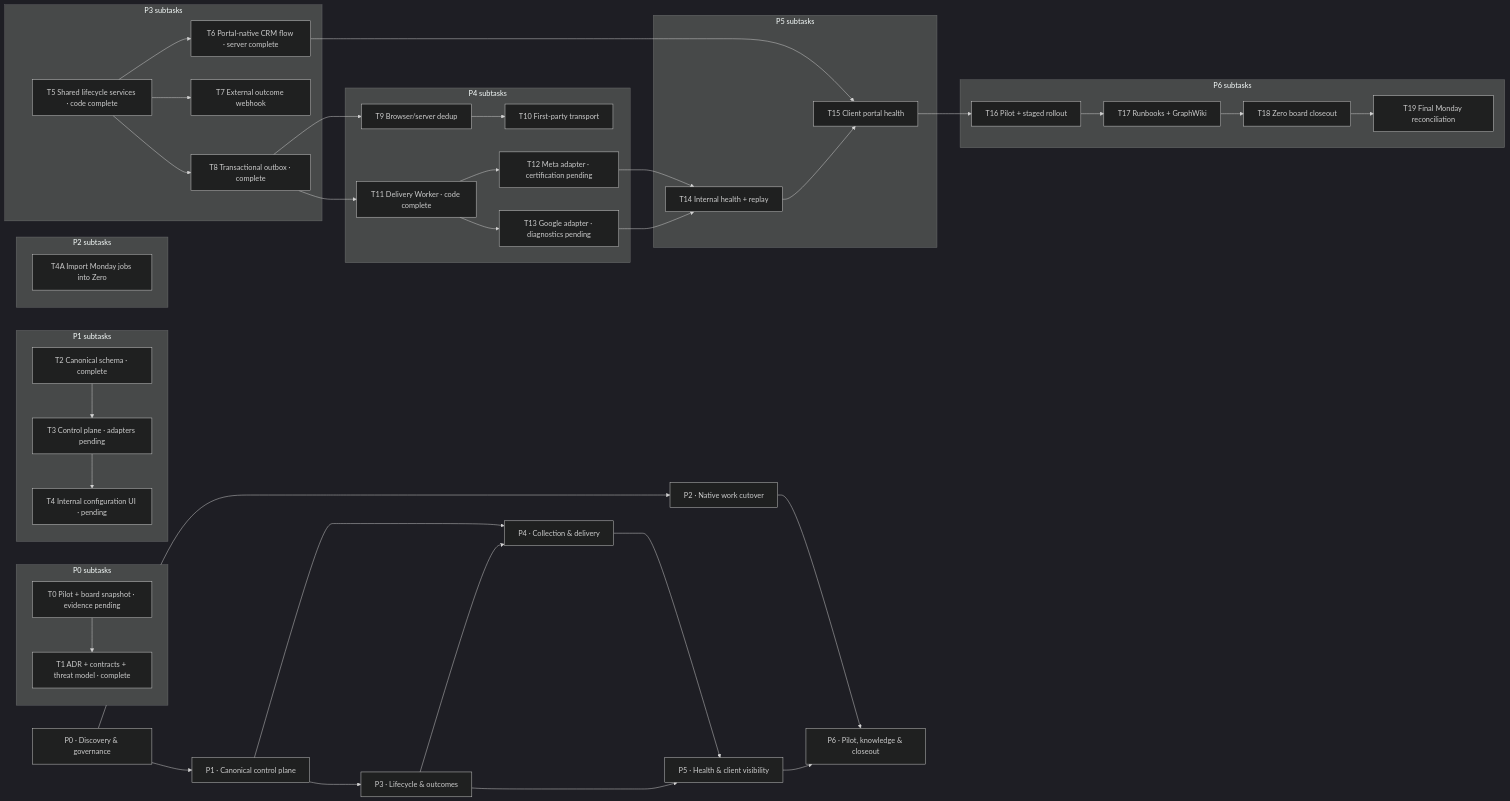
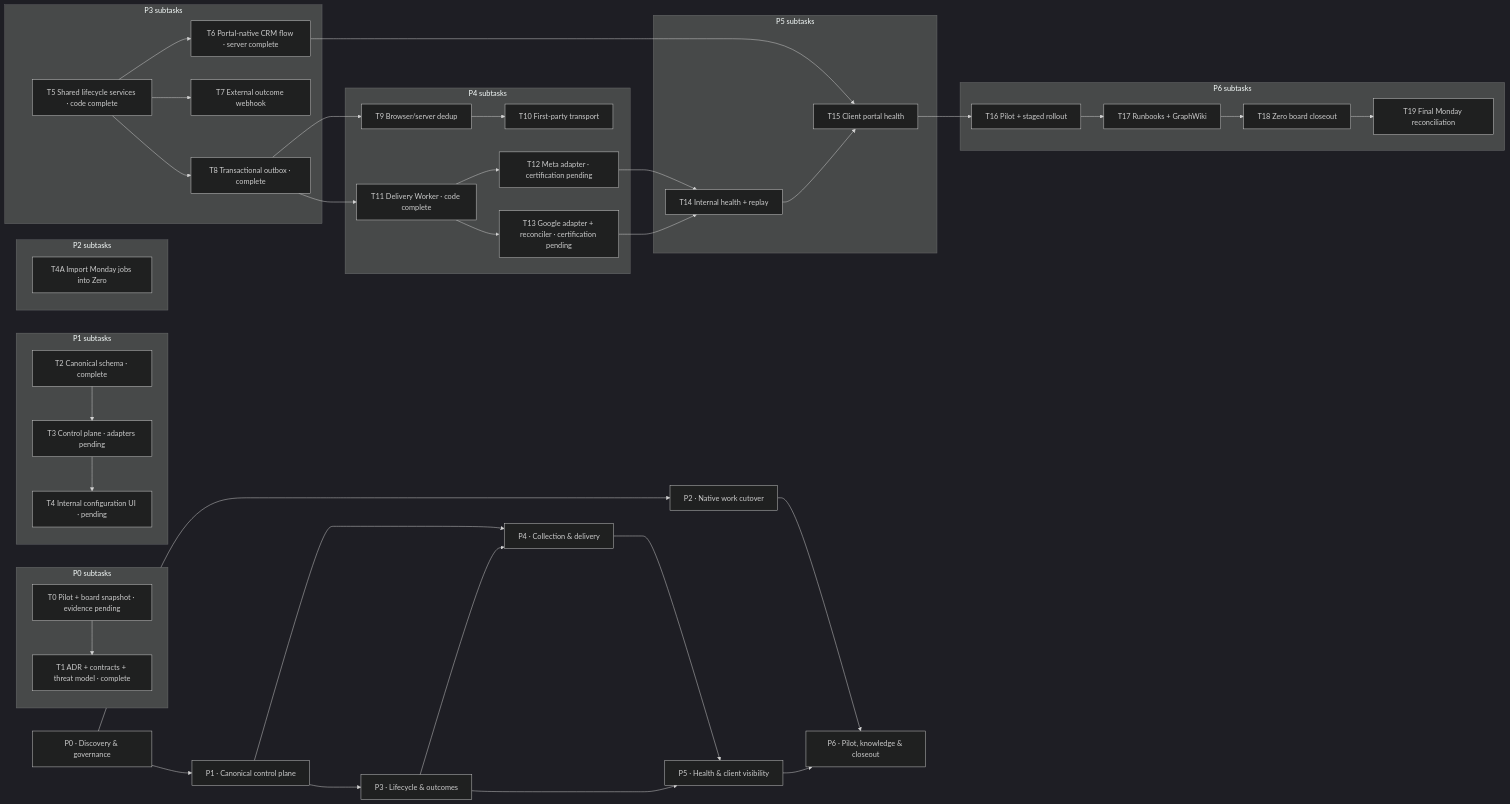
The diagram in docs/superpowers/plans/2026-07-17-measurement-signal-hub-execution-backlog.md (adme-dev/dashboard), drawn with Mermaid (dark theme) before and after one commit. The commit also changed other lines of this file and 19 other files, not shown here.

Commit message:
feat(measurement): reconcile Google delivery diagnostics

````diff
--- a/docs/superpowers/plans/2026-07-17-measurement-signal-hub-execution-backlog.md
+++ b/docs/superpowers/plans/2026-07-17-measurement-signal-hub-execution-backlog.md
@@ -17,51 +17,51 @@
 ```mermaid
 flowchart LR
   P0["P0 · Discovery & governance"]
   P1["P1 · Canonical control plane"]
   P2["P2 · Native work cutover"]
   P3["P3 · Lifecycle & outcomes"]
   P4["P4 · Collection & delivery"]
   P5["P5 · Health & client visibility"]
   P6["P6 · Pilot, knowledge & closeout"]
 
   P0 --> P1
   P0 --> P2
   P1 --> P3
   P1 --> P4
   P2 --> P6
   P3 --> P4
   P4 --> P5
   P3 --> P5
   P5 --> P6
 
   subgraph G0["P0 subtasks"]
     T0["T0 Pilot + board snapshot · evidence pending"] --> T1["T1 ADR + contracts + threat model · complete"]
   end
   subgraph G1["P1 subtasks"]
     T2["T2 Canonical schema · complete"] --> T3["T3 Control plane · adapters pending"] --> T4["T4 Internal configuration UI · pending"]
   end
   subgraph G2["P2 subtasks"]
     T4A["T4A Import Monday jobs into Zero"]
   end
   subgraph G3["P3 subtasks"]
     T5["T5 Shared lifecycle services · code complete"] --> T6["T6 Portal-native CRM flow · server complete"]
     T5 --> T7["T7 External outcome webhook"]
     T5 --> T8["T8 Transactional outbox · complete"]
   end
   subgraph G4["P4 subtasks"]
     T8 --> T9["T9 Browser/server dedup"] --> T10["T10 First-party transport"]
     T8 --> T11["T11 Delivery Worker · code complete"]
     T11 --> T12["T12 Meta adapter · certification pending"]
-    T11 --> T13["T13 Google adapter · diagnostics pending"]
+    T11 --> T13["T13 Google adapter + reconciler · certification pending"]
   end
   subgraph G5["P5 subtasks"]
     T12 --> T14["T14 Internal health + replay"]
     T13 --> T14
     T6 --> T15["T15 Client portal health"]
     T14 --> T15
   end
   subgraph G6["P6 subtasks"]
     T15 --> T16["T16 Pilot + staged rollout"] --> T17["T17 Runbooks + GraphWiki"]
     T17 --> T18["T18 Zero board closeout"] --> T19["T19 Final Monday reconciliation"]
   end
 ```
````
